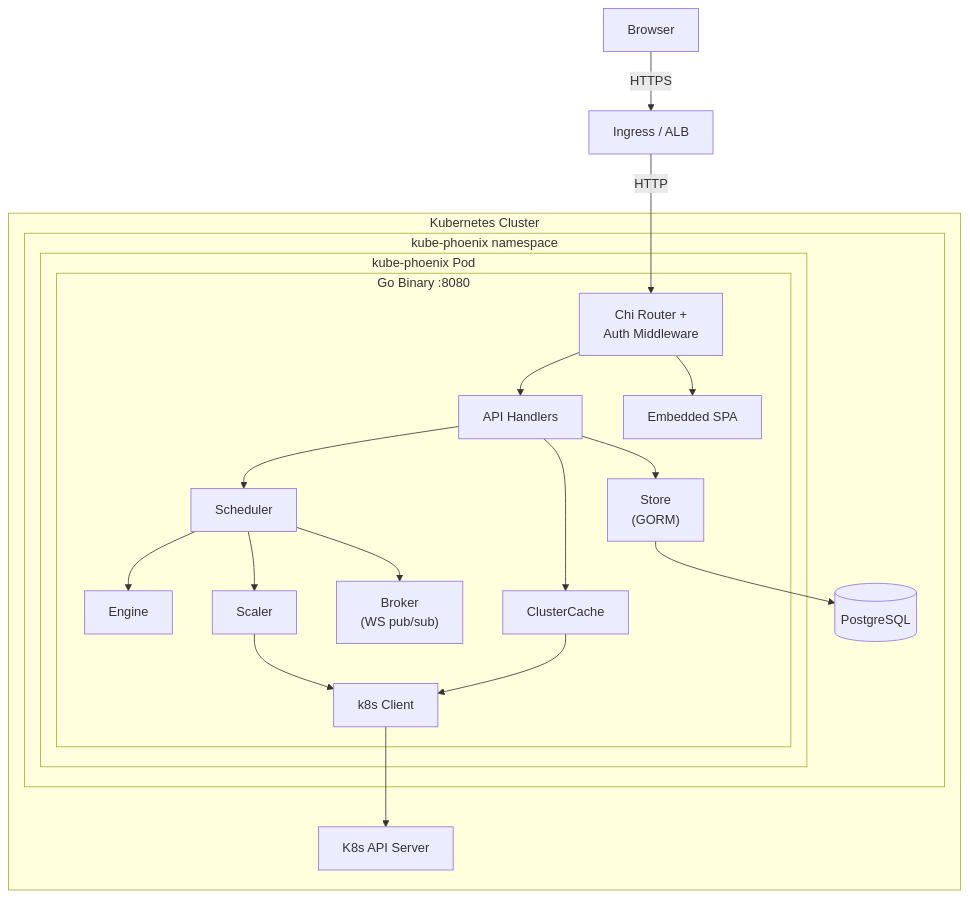
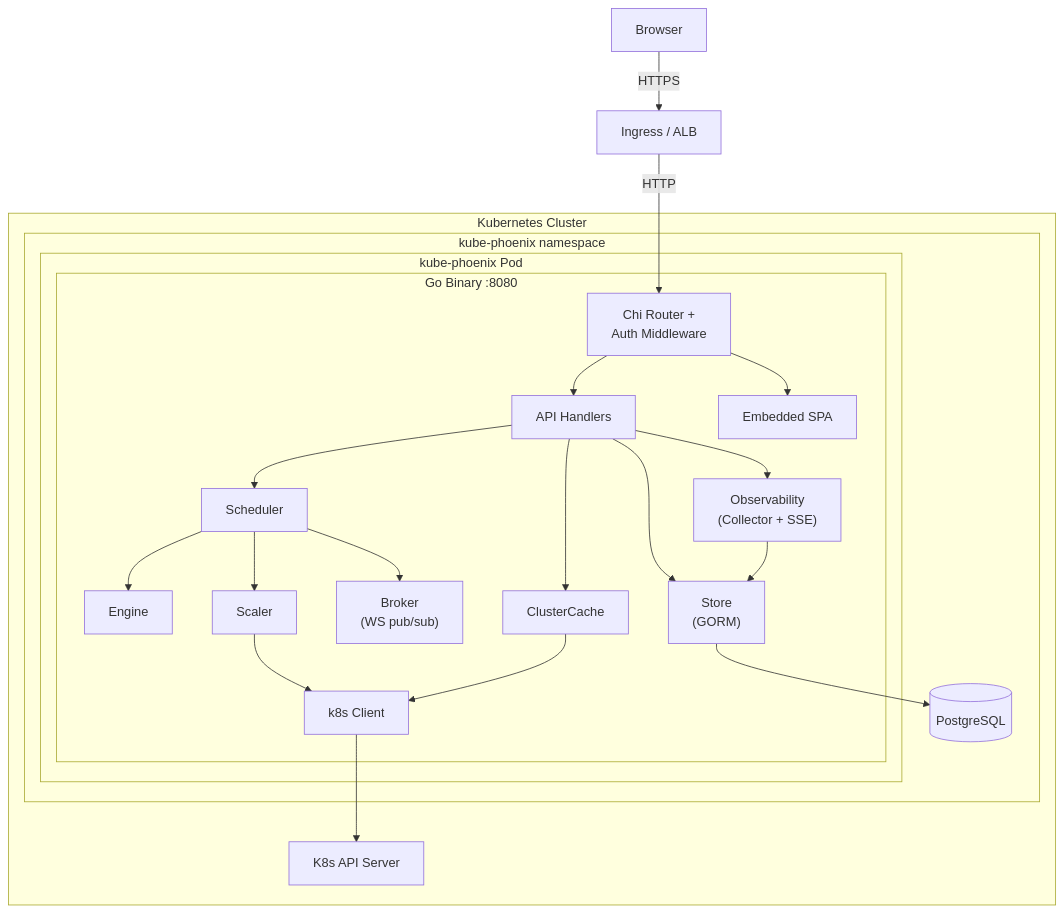
The first of 2 diagrams in ARCHITECTURE.md (MacXsimilian/kube-phoenix), drawn with Mermaid before and after one commit. The commit also changed other lines of this file and 60 other files, not shown here.

````diff
--- a/ARCHITECTURE.md
+++ b/ARCHITECTURE.md
@@ -28,35 +28,38 @@
 ```mermaid
 flowchart TB
     Browser["Browser"]
     ALB["Ingress / ALB"]
 
     subgraph Cluster["Kubernetes Cluster"]
         subgraph NS["kube-phoenix namespace"]
             subgraph Pod["kube-phoenix Pod"]
                 subgraph Binary["Go Binary :8080"]
                     Router["Chi Router +\nAuth Middleware"]
                     Handlers["API Handlers"]
                     Scheduler["Scheduler"]
                     Engine["Engine"]
                     Scaler["Scaler"]
                     Broker["Broker\n(WS pub/sub)"]
                     Store["Store\n(GORM)"]
                     Cache["ClusterCache"]
                     SPA["Embedded SPA"]
                     K8s["k8s Client"]
+                    Observability["Observability\n(Collector + SSE)"]
                 end
             end
             PG[("PostgreSQL")]
         end
         K8sAPI["K8s API Server"]
     end
 
     Browser -- HTTPS --> ALB -- HTTP --> Router
     Router --> Handlers & SPA
     Handlers --> Scheduler & Store & Cache
     Scheduler --> Engine & Scaler & Broker
     Scaler --> K8s
     Cache --> K8s
     K8s --> K8sAPI
+    Handlers --> Observability
+    Observability --> Store
     Store --> PG
 ```
````
